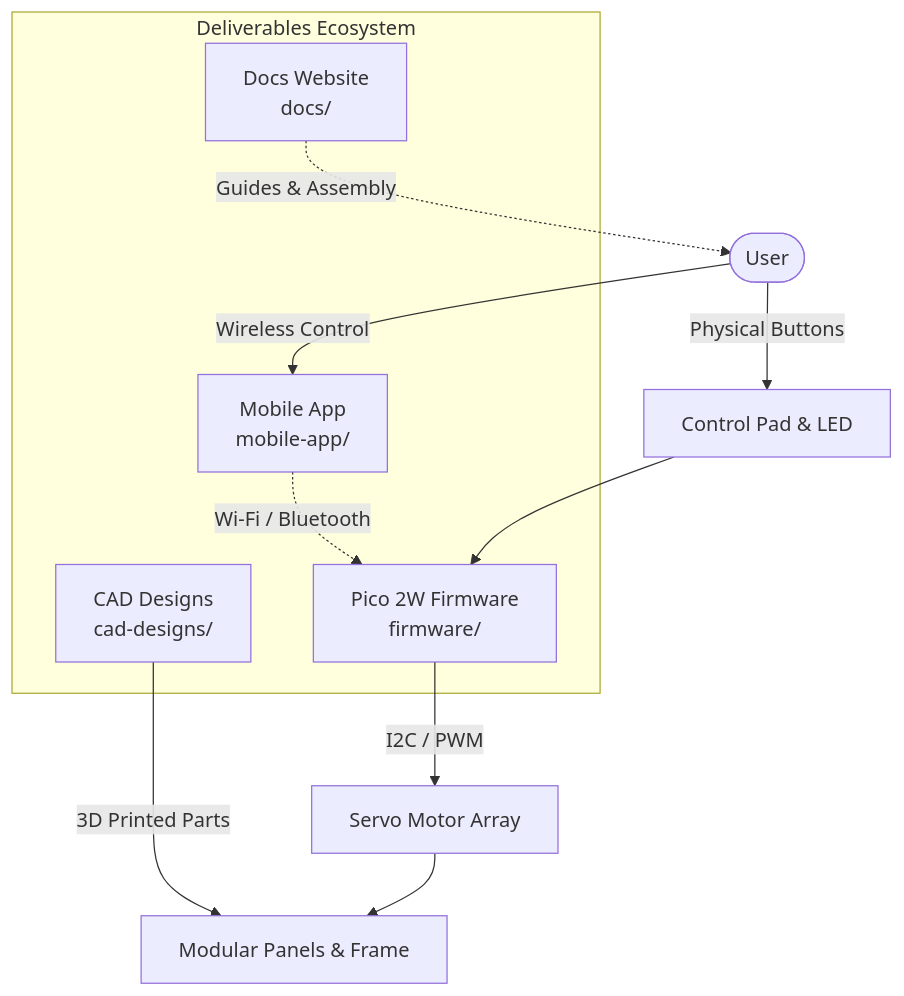
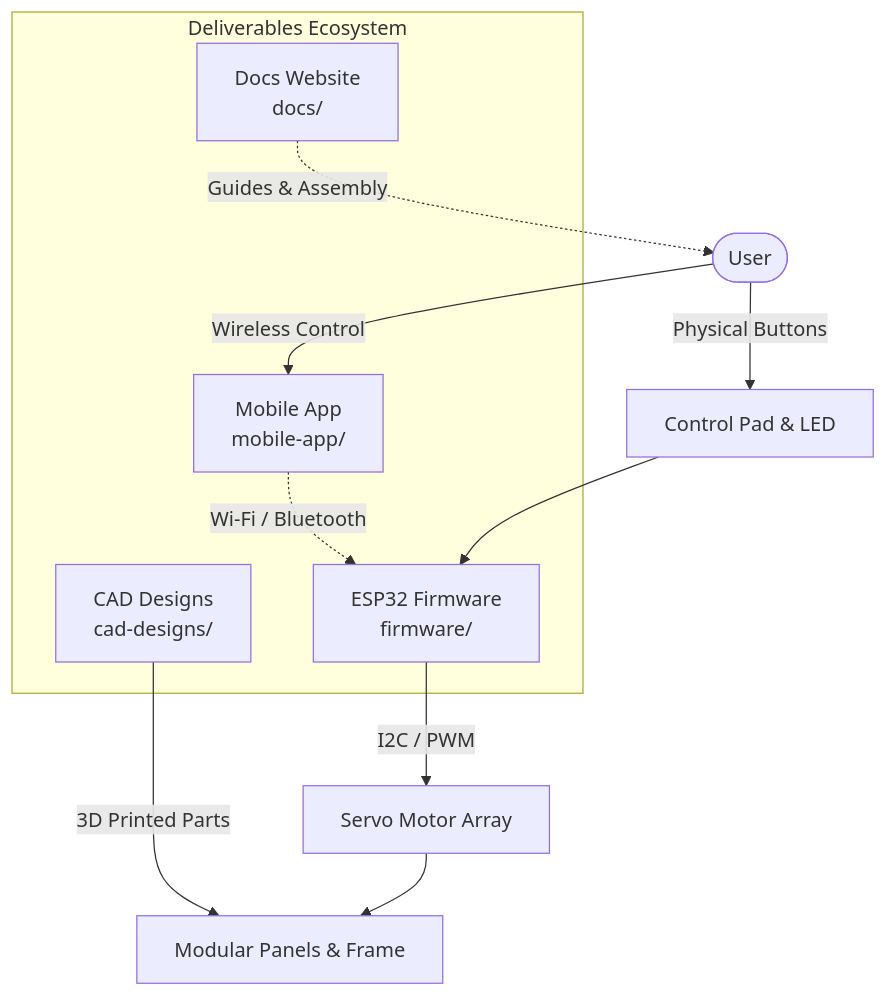
One commit to aiandrobotics/fabrica changed the diagram in specs/mission.md. Above: the diagram before and after it, drawn with Mermaid. The commit also changed other lines of this file and 5 other files, not shown here.

````diff
--- a/specs/mission.md
+++ b/specs/mission.md
@@ -34,18 +34,18 @@
 ```mermaid
 graph TD
     subgraph Deliverables Ecosystem
         CAD[CAD Designs<br/>cad-designs/]
         Docs[Docs Website<br/>docs/]
-        Firmware[Pico 2W Firmware<br/>firmware/]
+        Firmware[ESP32 Firmware<br/>firmware/]
         App[Mobile App<br/>mobile-app/]
     end
 
     User([User]) -->|Physical Buttons| Interface[Control Pad & LED]
     User -->|Wireless Control| App
     App -.->|Wi-Fi / Bluetooth| Firmware
     Interface --> Firmware
     Firmware -->|I2C / PWM| Servos[Servo Motor Array]
     CAD -->|3D Printed Parts| Panels[Modular Panels & Frame]
     Servos --> Panels
     Docs -.->|Guides & Assembly| User
 ```
````
